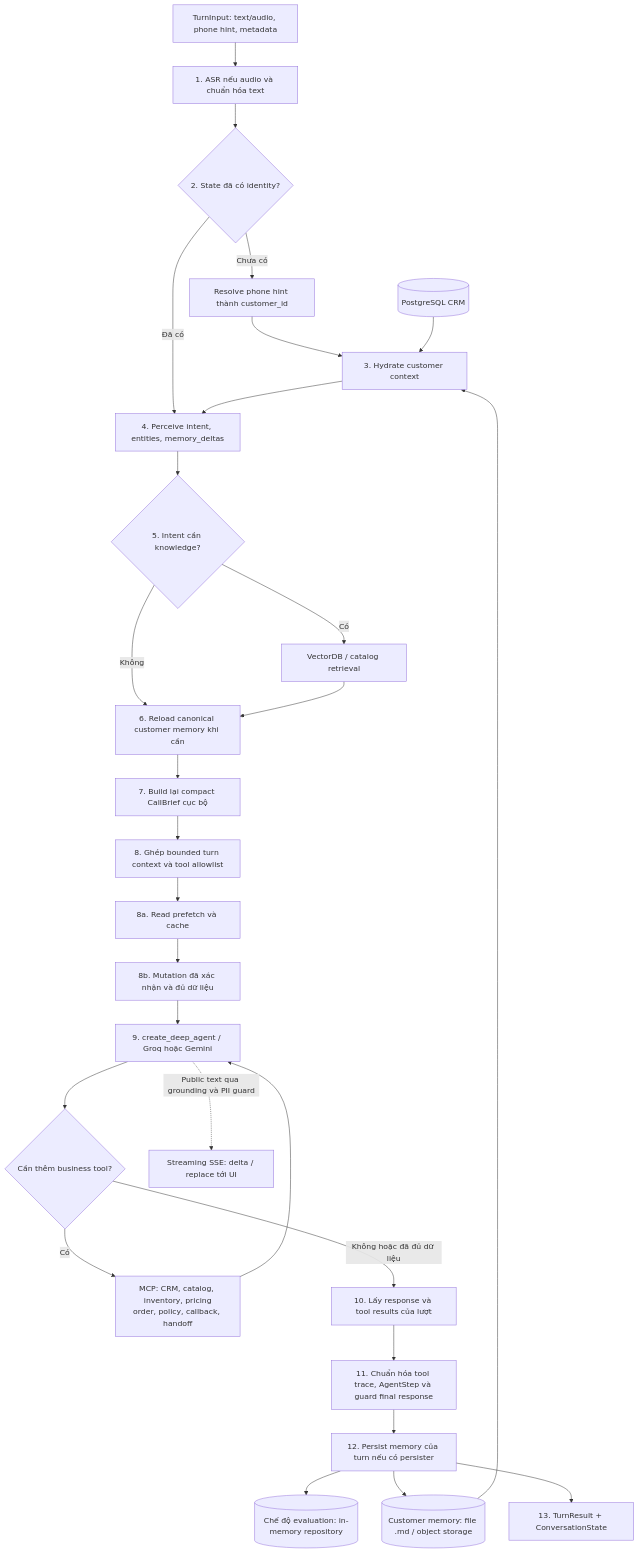
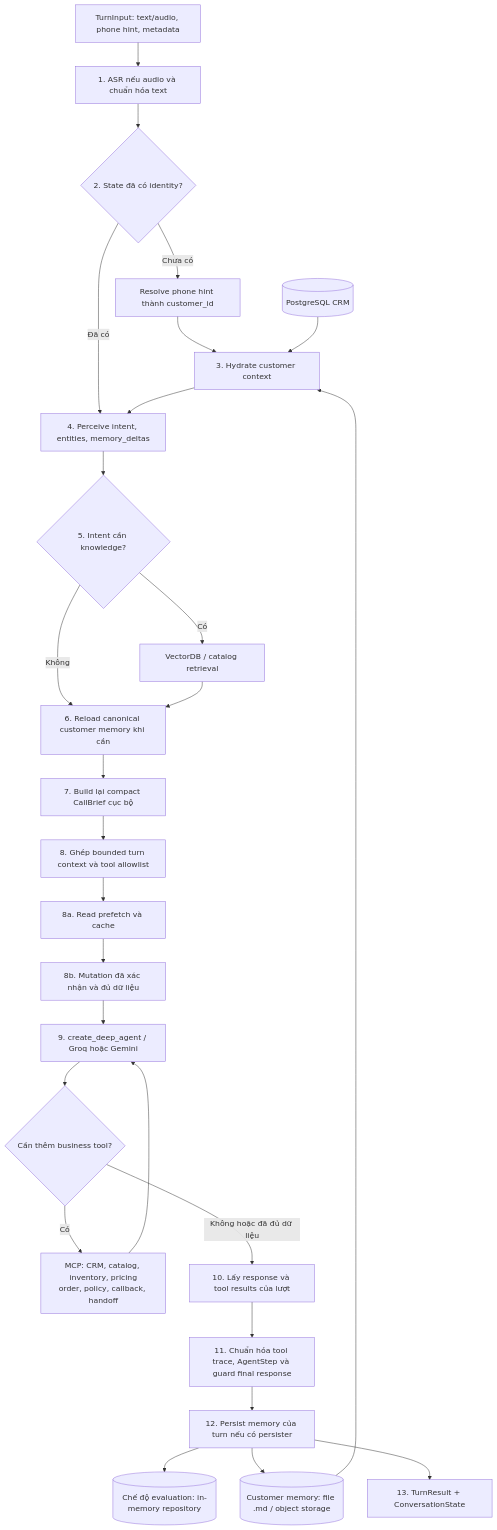
The diagram in docs/agent/deep_agent_architecture.md (hyugai/sudocode2026-team9), drawn with Mermaid before and after one commit. The commit also changed other lines of this file and 31 other files, not shown here.

````diff
--- a/docs/agent/deep_agent_architecture.md
+++ b/docs/agent/deep_agent_architecture.md
@@ -21,35 +21,34 @@
 ```mermaid
 flowchart TD
     Input[TurnInput: text/audio, phone hint, metadata] --> ASR[1. ASR nếu audio và chuẩn hóa text]
     ASR --> Identity{2. State đã có identity?}
 
     Identity -->|Chưa có| Resolve[Resolve phone hint thành customer_id]
     Resolve --> Hydrate[3. Hydrate customer context]
     CRM[(PostgreSQL CRM)] --> Hydrate
     DurableMemory[(Customer memory: file .md / object storage)] --> Hydrate
     Identity -->|Đã có| Perceive
     Hydrate --> Perceive
 
     Perceive[4. Perceive intent, entities, memory_deltas] --> RetrievalGate{5. Intent cần knowledge?}
     RetrievalGate -->|Có| RAG[VectorDB / catalog retrieval]
     RetrievalGate -->|Không| Refresh
     RAG --> Refresh[6. Reload canonical customer memory khi cần]
 
     Refresh --> Brief[7. Build lại compact CallBrief cục bộ]
     Brief --> Context[8. Ghép bounded turn context và tool allowlist]
     Context --> Prefetch[8a. Read prefetch và cache]
     Prefetch --> Mutation[8b. Mutation đã xác nhận và đủ dữ liệu]
     Mutation --> DeepAgent[9. create_deep_agent / Groq hoặc Gemini]
 
     DeepAgent --> MCP{Cần thêm business tool?}
     MCP -->|Có| Tools["MCP: CRM, catalog, inventory, pricing<br/>order, policy, callback, handoff"]
     Tools --> DeepAgent
     MCP -->|Không hoặc đã đủ dữ liệu| Response[10. Lấy response và tool results của lượt]
-    DeepAgent -.->|Public text qua grounding và PII guard| Stream[Streaming SSE: delta / replace tới UI]
 
     Response --> Extract[11. Chuẩn hóa tool trace, AgentStep và guard final response]
     Extract --> Persist[12. Persist memory của turn nếu có persister]
     Persist --> EvalMemory[(Chế độ evaluation: in-memory repository)]
     Persist --> DurableMemory
     Persist --> Result[13. TurnResult + ConversationState]
 ```
````
